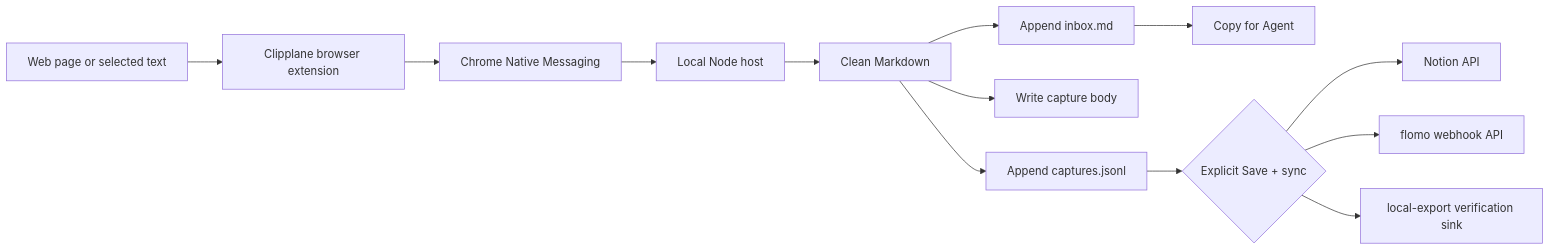
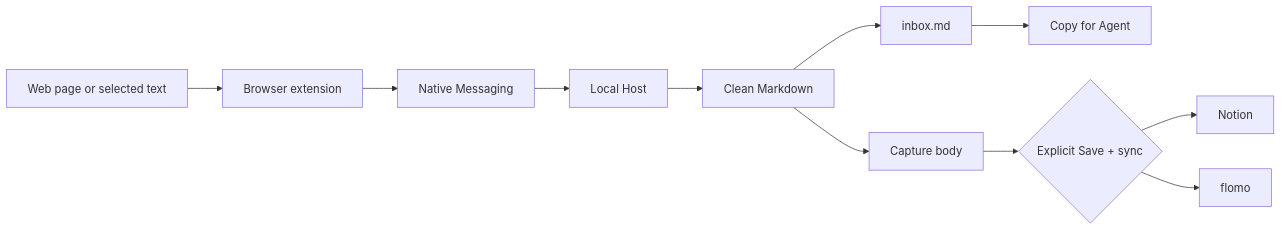
Before and after one commit to KKenny0/Clipplane: the diagram in README.en.md, drawn with Mermaid. The commit also changed other lines of this file and 5 other files, not shown here.

````diff
--- a/README.en.md
+++ b/README.en.md
@@ -157,15 +34,13 @@
 ```mermaid
 flowchart LR
-  A[Web page or selected text] --> B[Clipplane browser extension]
-  B --> C[Chrome Native Messaging]
-  C --> D[Local Node host]
+  A[Web page or selected text] --> B[Browser extension]
+  B --> C[Native Messaging]
+  C --> D[Local Host]
   D --> E[Clean Markdown]
-  E --> G[Append inbox.md]
-  E --> H[Write capture body]
-  E --> I[Append captures.jsonl]
-  G --> N[Copy for Agent]
-  I --> J{Explicit Save + sync}
-  J --> K[Notion API]
-  J --> L[flomo webhook API]
-  J --> M[local-export verification sink]
+  E --> F[inbox.md]
+  E --> G[Capture body]
+  F --> H[Copy for Agent]
+  G --> I{Explicit Save + sync}
+  I --> J[Notion]
+  I --> K[flomo]
 ```
````
